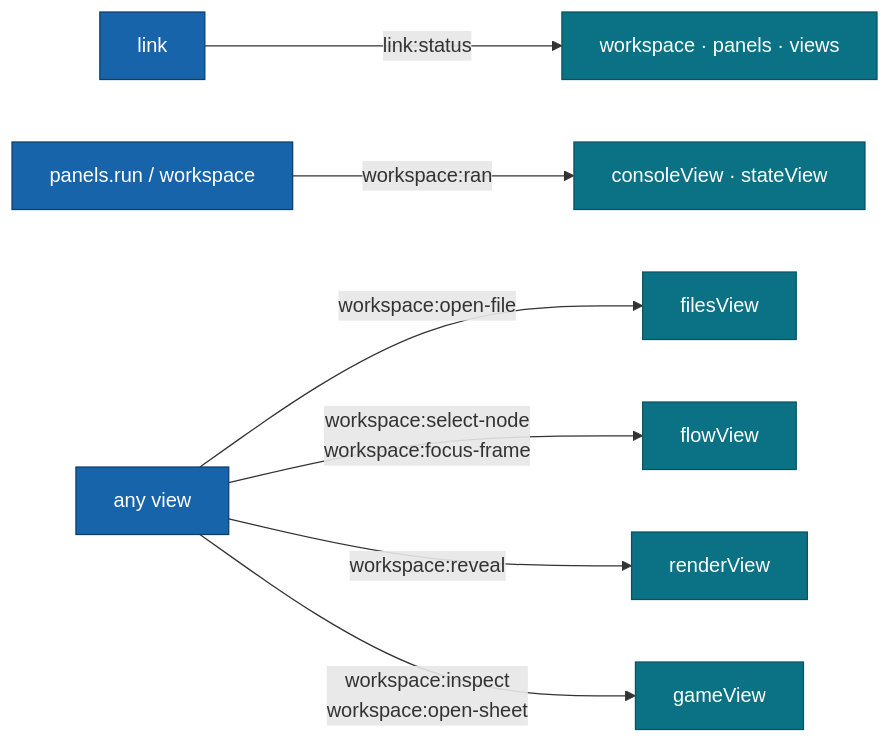
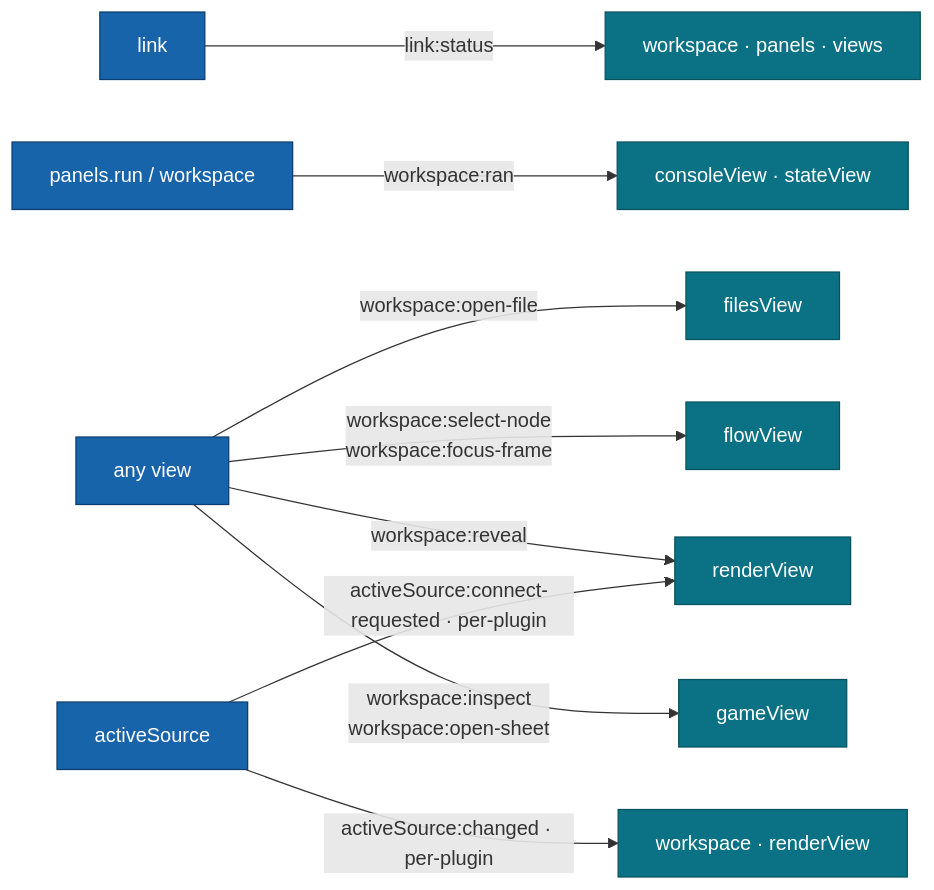
The fifth of 5 diagrams in README.md (moku-labs/editor), drawn with Mermaid before and after one commit. The commit also changed other lines of this file and 912 other files, not shown here.

````diff
--- a/README.md
+++ b/README.md
@@ -701,13 +1018,15 @@
 ```mermaid
 flowchart LR
   L["link"] -- "link:status" --> W["workspace · panels · views"]
   P["panels.run / workspace"] -- "workspace:ran" --> CS["consoleView · stateView"]
   V["any view"] -- "workspace:open-file" --> FV["filesView"]
   V -- "workspace:select-node<br/>workspace:focus-frame" --> FL["flowView"]
   V -- "workspace:reveal" --> RV["renderView"]
   V -- "workspace:inspect<br/>workspace:open-sheet" --> GV["gameView"]
+  AS["activeSource"] -- "activeSource:changed · per-plugin" --> WR["workspace · renderView"]
+  AS -- "activeSource:connect-requested · per-plugin" --> RV
   classDef m fill:#1864ab,stroke:#0d3d6e,color:#fff;
   classDef u fill:#0b7285,stroke:#08525f,color:#fff;
-  class L,P,V m
-  class W,CS,FV,FL,RV,GV u
+  class L,P,V,AS m
+  class W,CS,FV,FL,RV,GV,WR u
 ```
````
